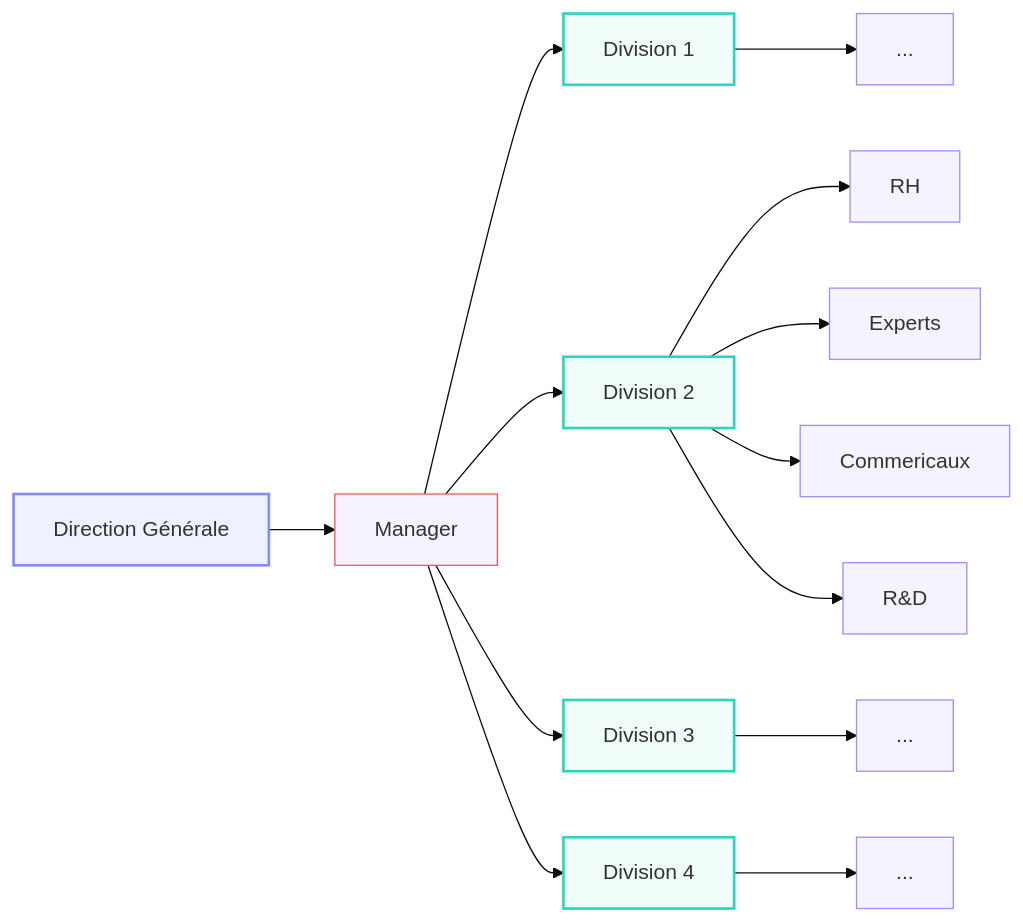
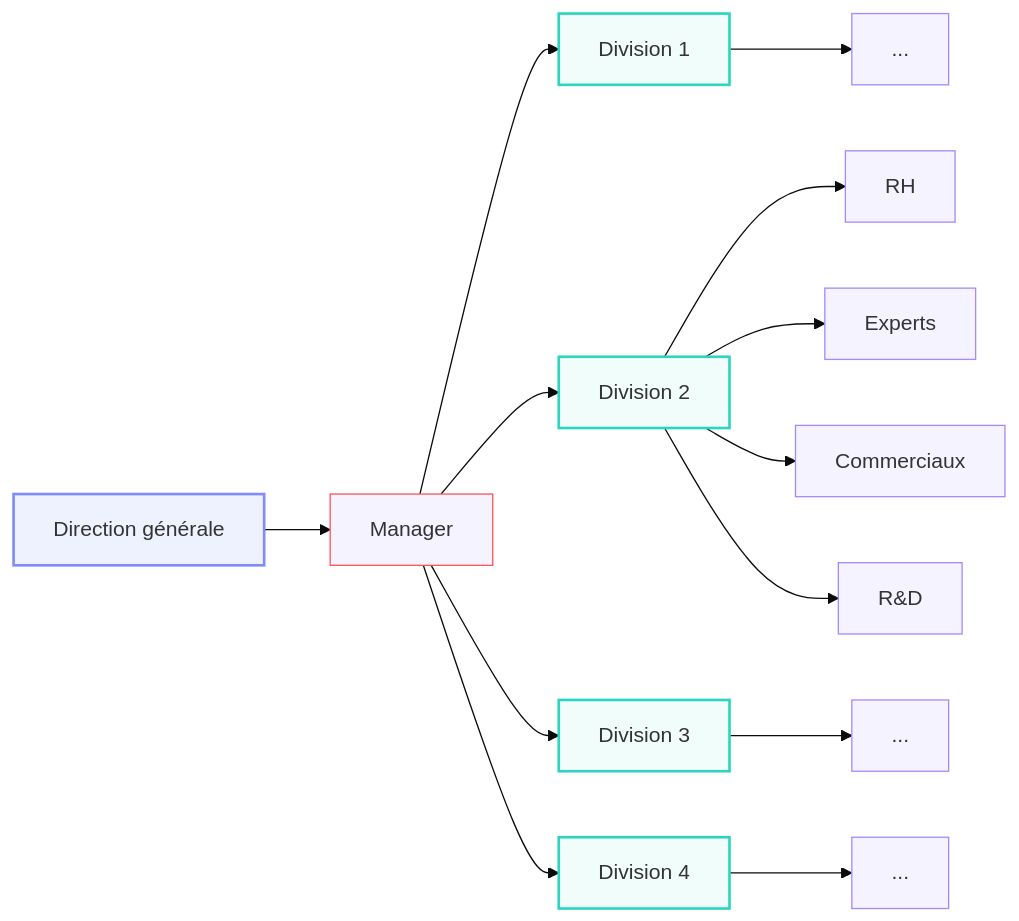
Before and after one commit to fiches-me/cpes2: the second of 2 diagrams in eco/ch1/g1.md, drawn with Mermaid (base theme). The commit also changed other lines of this file and 11 other files, not shown here.

````diff
--- a/eco/ch1/g1.md
+++ b/eco/ch1/g1.md
@@ -84,29 +84,29 @@
 ```mermaid
 flowchart LR
-    D["Direction Générale"] --> M["Manager"]
+    D["Direction générale"] --> M["Manager"]
 
     M --> T1["Division 1"]
     M --> T2["Division 2"]
     M --> T3["Division 3"]
     M --> T4["Division 4"]
     
     T1 --> P1["..."]
 
     T2 --> P21["RH"]
     T2 --> P22["Experts"]
-    T2 --> P23["Commericaux"]
+    T2 --> P23["Commerciaux"]
     T2 --> P24["R&D"]
     
     T3 --> P3["..."]
     T4 --> P4["..."]
     
     classDef director fill:#eef2ff,stroke:#818cf8,stroke-width:2px
     classDef team fill:#f0fdfa,stroke:#2dd4bf,stroke-width:2px
     classDef person fill:#f5f3ff,stroke:#a78bfa
     classDef manager fill:#f5f3ff,stroke:#ff5555
 
     class D director
     class M manager
     class T1,T2,T3,T4 team
     class P1,P21,P22,P23,P24,P3,P4 person
 ```
````
